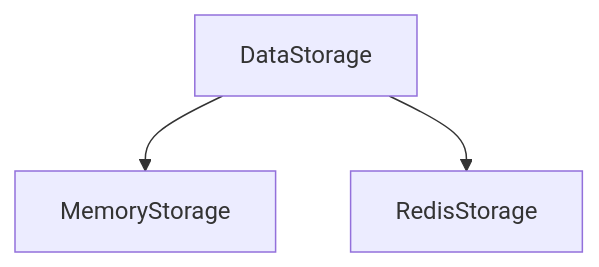
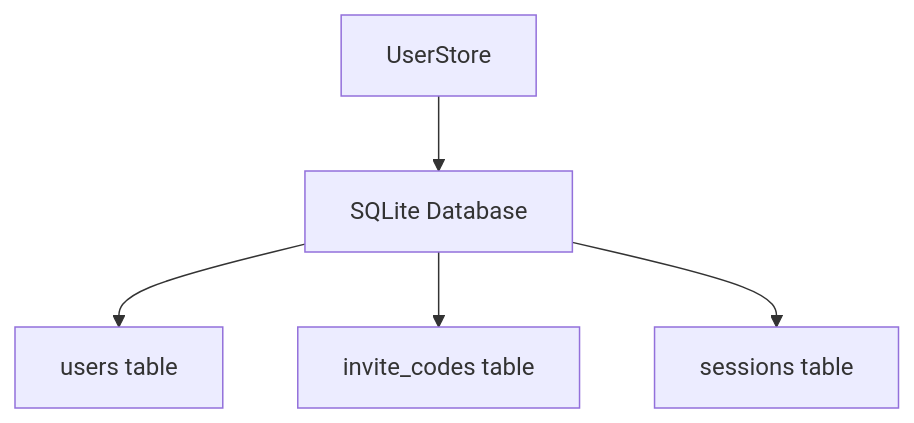
One commit to spherical-go/polyclash changed the seventh of 7 diagrams in docs/04_architecture.md. Above: the diagram before and after it, drawn with Mermaid. The commit also changed other lines of this file and 28 other files, not shown here.

````diff
--- a/docs/04_architecture.md
+++ b/docs/04_architecture.md
@@ -134,5 +168,7 @@
 ```mermaid
 graph TD
-    A[DataStorage] --> B[MemoryStorage]
-    A --> C[RedisStorage]
+    A[UserStore] --> B[SQLite Database]
+    B --> C[users table]
+    B --> D[invite_codes table]
+    B --> E[sessions table]
 ```
````
